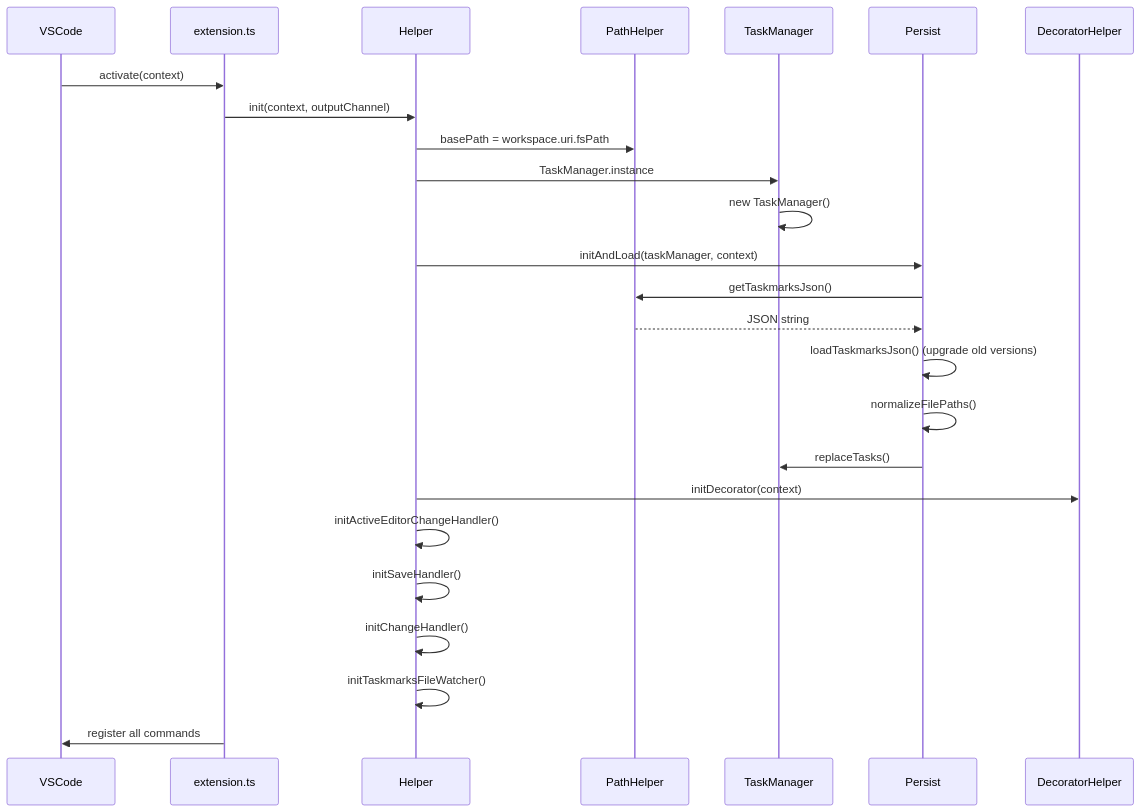
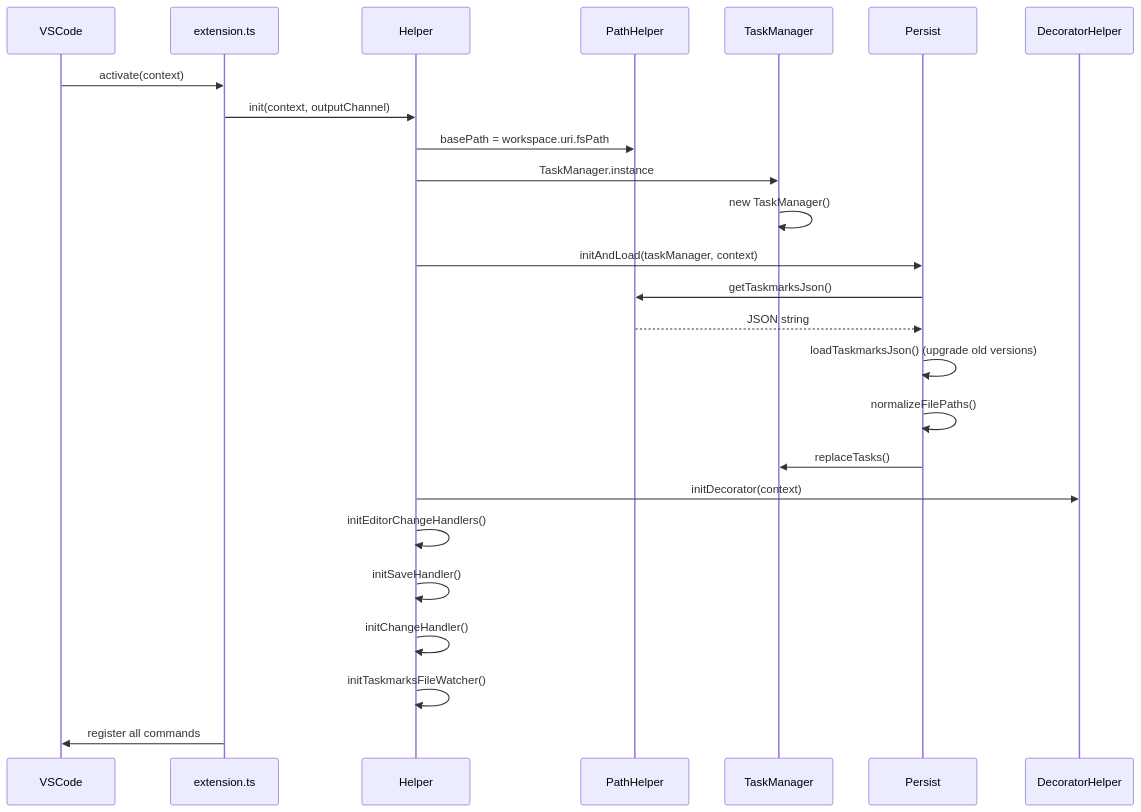
The fifth of 5 diagrams in docu/ARCHITECTURE.md (norbertK/taskmarks), drawn with Mermaid before and after one commit. The commit also changed other lines of this file and 11 other files, not shown here.

````diff
--- a/docu/ARCHITECTURE.md
+++ b/docu/ARCHITECTURE.md
@@ -280,28 +284,28 @@
 ```mermaid
 sequenceDiagram
     participant VSCode
     participant Ext as extension.ts
     participant H as Helper
     participant PH as PathHelper
     participant TM as TaskManager
     participant P as Persist
     participant DH as DecoratorHelper
 
     VSCode->>Ext: activate(context)
     Ext->>H: init(context, outputChannel)
     H->>PH: basePath = workspace.uri.fsPath
     H->>TM: TaskManager.instance
     TM->>TM: new TaskManager()
     H->>P: initAndLoad(taskManager, context)
     P->>PH: getTaskmarksJson()
     PH-->>P: JSON string
     P->>P: loadTaskmarksJson() (upgrade old versions)
     P->>P: normalizeFilePaths()
     P->>TM: replaceTasks()
     H->>DH: initDecorator(context)
-    H->>H: initActiveEditorChangeHandler()
+    H->>H: initEditorChangeHandlers()
     H->>H: initSaveHandler()
     H->>H: initChangeHandler()
     H->>H: initTaskmarksFileWatcher()
     Ext->>VSCode: register all commands
 ```
````
